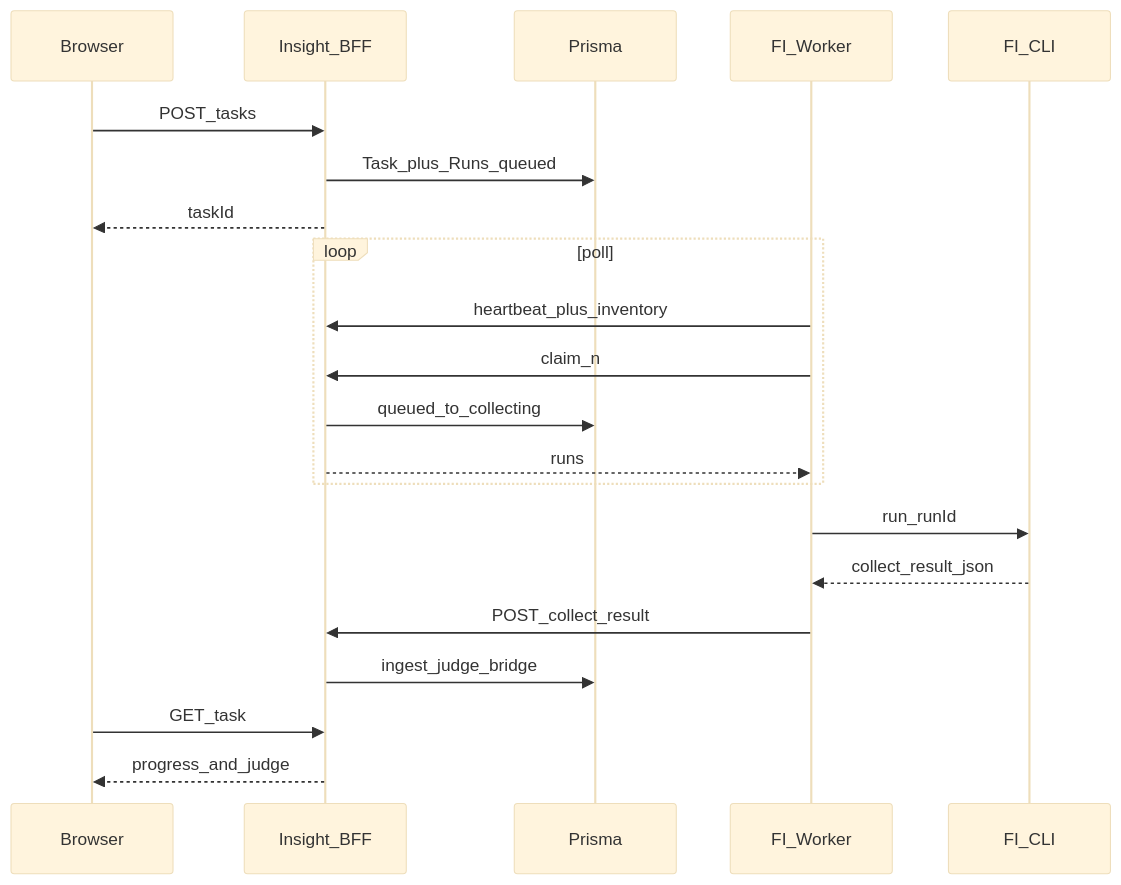
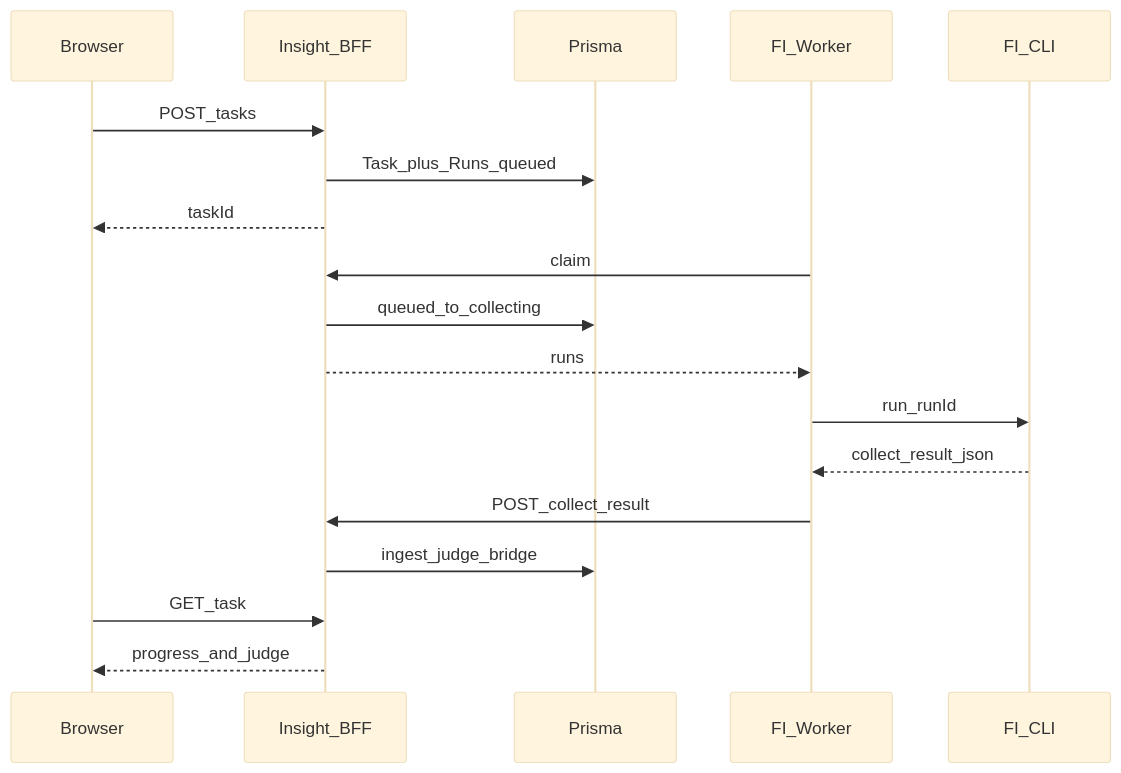
Before and after one commit to openeuler-mirror/agent-insight: the second of 4 diagrams in docs/design/fi-server-client-split/phase2-requirements-design.md, drawn with Mermaid (base theme). The commit also changed other lines of this file and 56 other files, not shown here.

````diff
--- a/docs/design/fi-server-client-split/phase2-requirements-design.md
+++ b/docs/design/fi-server-client-split/phase2-requirements-design.md
@@ -200,26 +200,23 @@
 ```mermaid
 sequenceDiagram
     participant U as Browser
     participant S as Insight_BFF
     participant DB as Prisma
     participant W as FI_Worker
     participant CLI as FI_CLI
 
     U->>S: POST_tasks
     S->>DB: Task_plus_Runs_queued
     S-->>U: taskId
 
-    loop poll
-        W->>S: heartbeat_plus_inventory
-        W->>S: claim_n
-        S->>DB: queued_to_collecting
-        S-->>W: runs
-    end
+    W->>S: claim
+    S->>DB: queued_to_collecting
+    S-->>W: runs
 
     W->>CLI: run_runId
     CLI-->>W: collect_result_json
     W->>S: POST_collect_result
     S->>DB: ingest_judge_bridge
     U->>S: GET_task
     S-->>U: progress_and_judge
 ```
````
